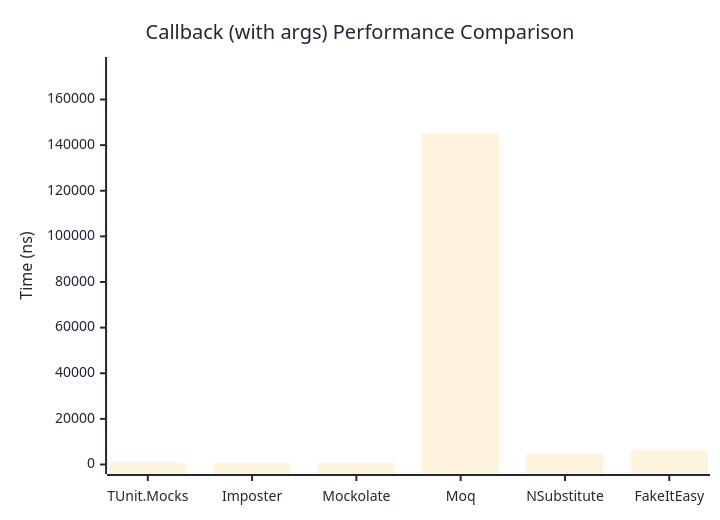
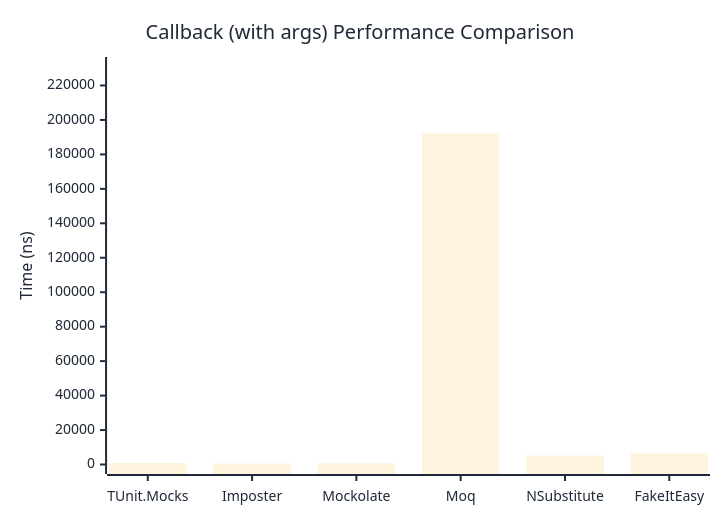
One commit to thomhurst/TUnit changed the second of 2 diagrams in docs/docs/benchmarks/mocks/Callback.md. Above: the diagram before and after it, drawn with Mermaid. The commit also changed other lines of this file and 14 other files, not shown here.

````diff
--- a/docs/docs/benchmarks/mocks/Callback.md
+++ b/docs/docs/benchmarks/mocks/Callback.md
@@ -69,27 +69,27 @@
 ```mermaid
 %%{init: {
   'theme':'base',
   'themeVariables': {
     'primaryColor': '#2563eb',
     'primaryTextColor': '#1f2937',
     'primaryBorderColor': '#1e40af',
     'lineColor': '#6b7280',
     'secondaryColor': '#7c3aed',
     'tertiaryColor': '#dc2626',
     'background': '#ffffff',
     'pie1': '#2563eb',
     'pie2': '#7c3aed',
     'pie3': '#dc2626',
     'pie4': '#f59e0b',
     'pie5': '#10b981',
     'pie6': '#06b6d4',
     'pie7': '#ec4899',
     'pie8': '#6366f1'
   }
 }}%%
 xychart-beta
   title "Callback (with args) Performance Comparison"
   x-axis ["TUnit.Mocks", "Imposter", "Mockolate", "Moq", "NSubstitute", "FakeItEasy"]
-  y-axis "Time (ns)" 0 --> 174467
-  bar [949.3, 625.3, 762, 145388.9, 4890.5, 6437.6]
+  y-axis "Time (ns)" 0 --> 231021
+  bar [829.4, 548.6, 665.6, 192517.3, 5229.9, 6597]
 ```
````
